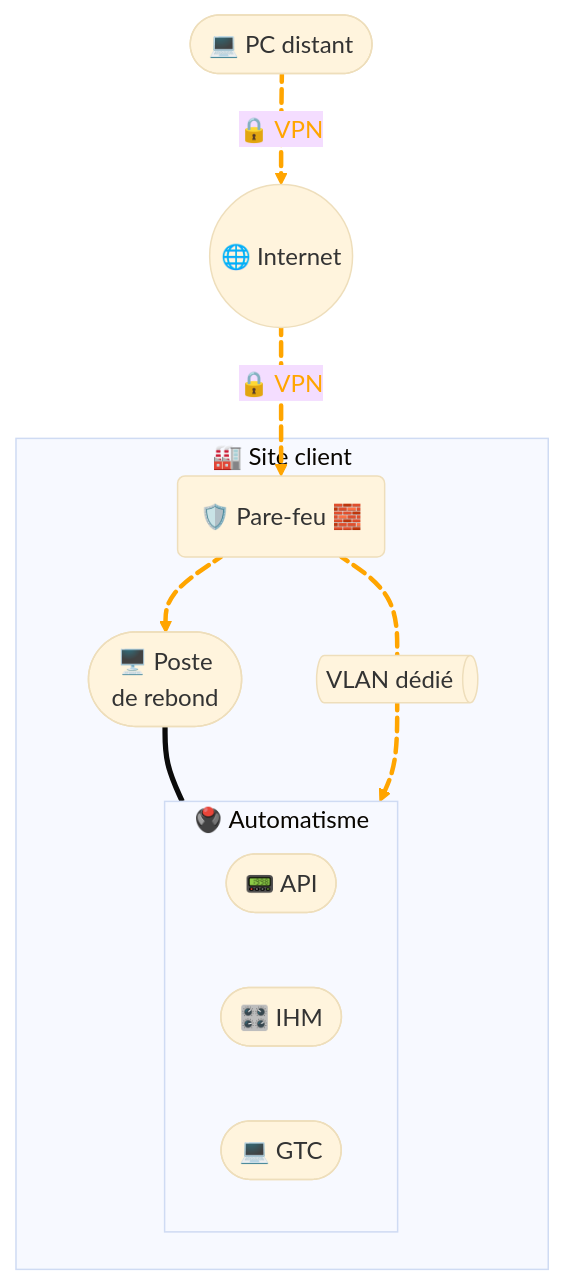
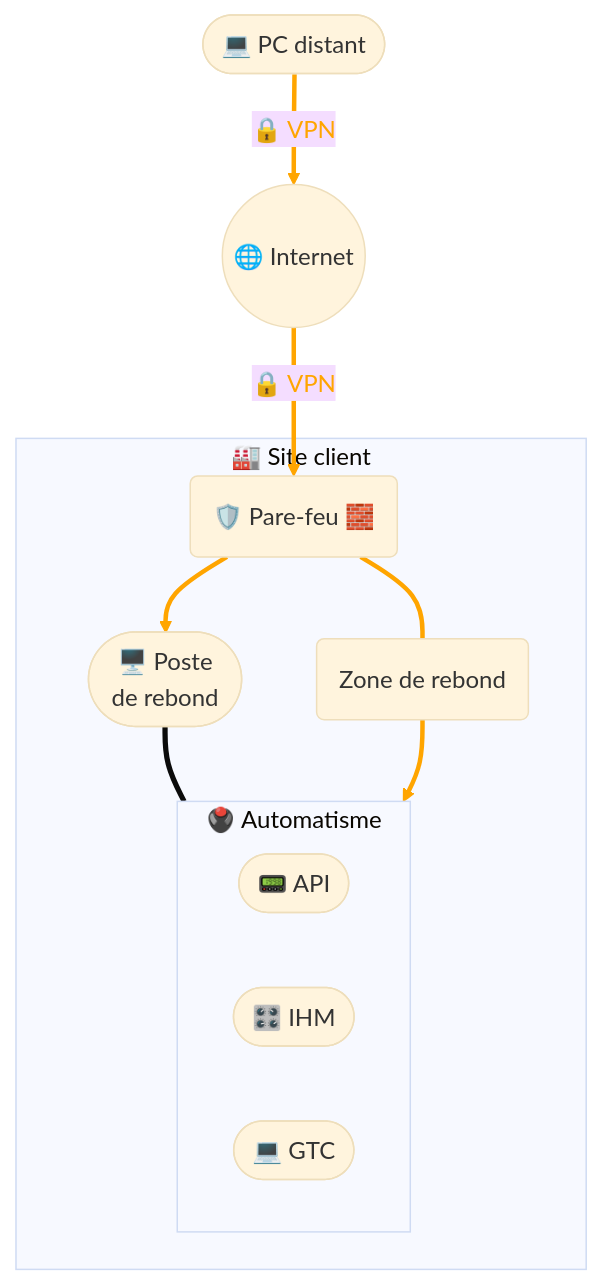
The diagram in docs/remote-access/remote-access-vpn.md (JohannPx/network-architectures), drawn with Mermaid (base theme) before and after one commit. The commit also changed 7 other files, not shown here.

````diff
--- a/docs/remote-access/remote-access-vpn.md
+++ b/docs/remote-access/remote-access-vpn.md
@@ -5,43 +5,33 @@
 ```mermaid
 flowchart TB
 
     remote([💻 PC distant])
 
     internet((🌐 Internet))
 
     subgraph site [🏭 Site client]
         fw(🛡️ Pare-feu 🧱)
-        vlan@{ shape: das, label: "VLAN dédié" }
+        vlan(Zone de rebond)
         jumpServer([🖥️ Poste
         de rebond])
         subgraph automation [🖲️ Automatisme]
             direction RL
             plc([📟 API])
             hmi([🎛️ IHM])
             gtc([💻 GTC])
         end
     end
 
-    remote e2@== 🔒 VPN ==> internet
-    e2@{ animation: fast }
-
-    internet e1@== 🔒 VPN ==> fw
-    e1@{ animation: fast }
-
-    fw e3@=== vlan
-    e3@{ animation: fast }
-
-    fw e5@==> jumpServer
-    e5@{ animation: fast }
-
+    remote == 🔒 VPN ==> internet
+    internet == 🔒 VPN ==> fw
+    fw === vlan
+    fw ==> jumpServer
     jumpServer === automation
-
-    vlan e4@==> automation
-    e4@{ animation: fast }
+    vlan ==> automation
 
     linkStyle 0 stroke:orange,stroke-width:3px,color:orange;
     linkStyle 1 stroke:orange,stroke-width:3px,color:orange;
     linkStyle 2 stroke:orange,stroke-width:3px,color:orange;
     linkStyle 3 stroke:orange,stroke-width:3px,color:orange;
     linkStyle 5 stroke:orange,stroke-width:3px,color:orange;
 ```
````
